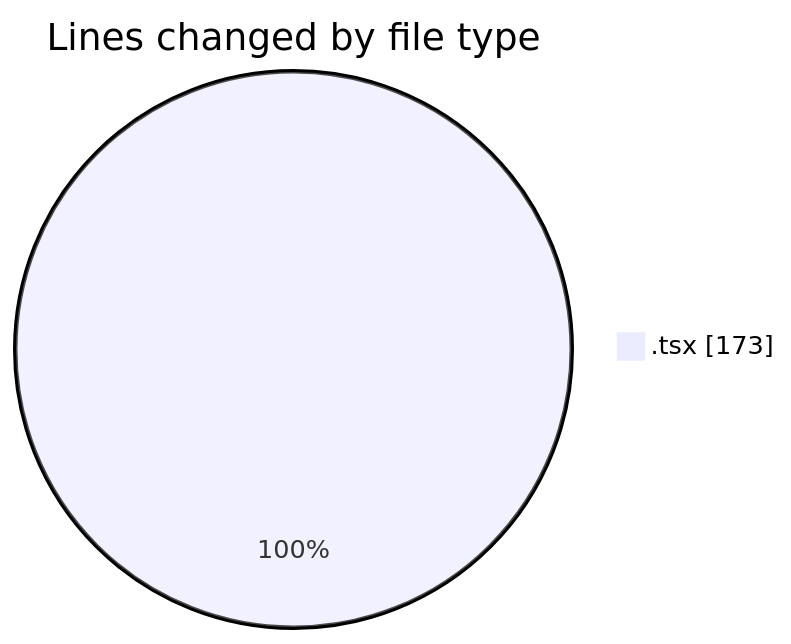
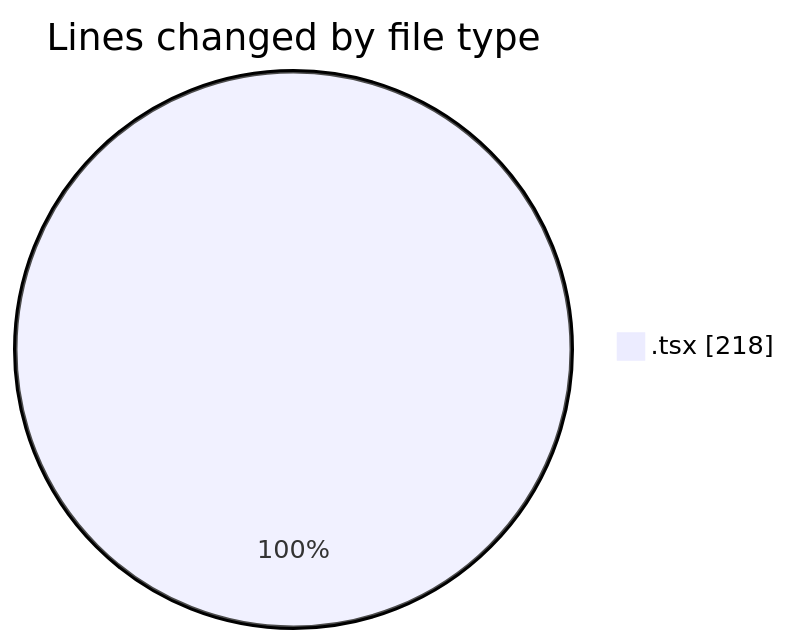
Before and after one commit to nxtqubesakshisongat/code-tracking: the first of 2 diagrams in 2026-04-12/airfeed-analytics-dashboard/README.md, drawn with Mermaid. The commit also changed other lines of this file and 1 other file, not shown here.

````diff
--- a/2026-04-12/airfeed-analytics-dashboard/README.md
+++ b/2026-04-12/airfeed-analytics-dashboard/README.md
@@ -21,5 +21,5 @@
 ```mermaid
 pie showData
 title Lines changed by file type
-".tsx" : 173
+".tsx" : 218
 ```
````
